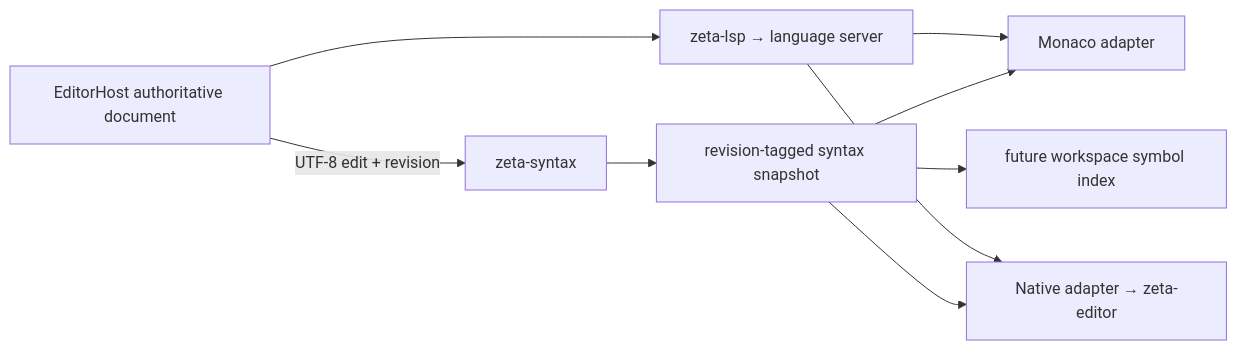
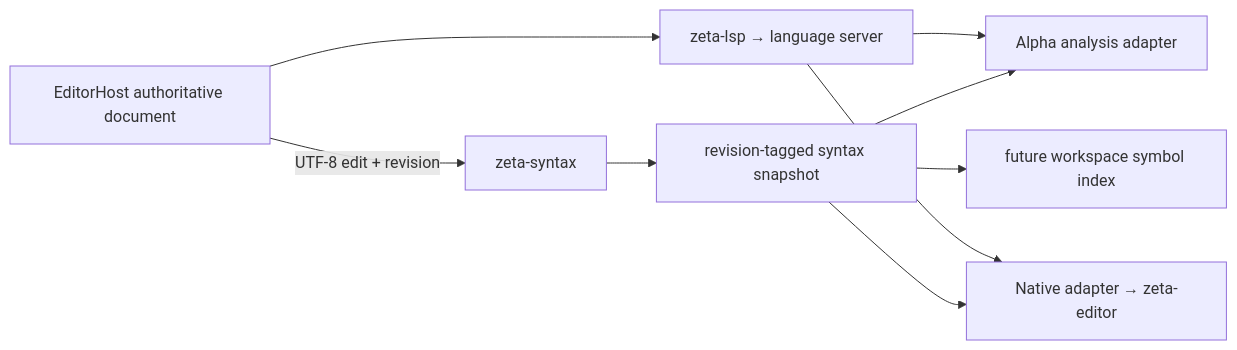
The diagram in docs/syntax-analysis.md (chogng/zeta), drawn with Mermaid before and after one commit. The commit also changed other lines of this file and 40 other files, not shown here.

First line of the commit message:
feat(syntax): route JSON and JSONC analysis through Alpha

````diff
--- a/docs/syntax-analysis.md
+++ b/docs/syntax-analysis.md
@@ -26,11 +27,11 @@
 ```mermaid
 flowchart LR
     Document["EditorHost authoritative document"] -->|"UTF-8 edit + revision"| Syntax["zeta-syntax"]
     Syntax --> Snapshot["revision-tagged syntax snapshot"]
-    Snapshot --> Desktop["Monaco adapter"]
+    Snapshot --> Desktop["Alpha analysis adapter"]
     Snapshot --> Native["Native adapter → zeta-editor"]
     Snapshot --> Index["future workspace symbol index"]
     Document --> LSP["zeta-lsp → language server"]
     LSP --> Desktop
     LSP --> Native
 ```
````
